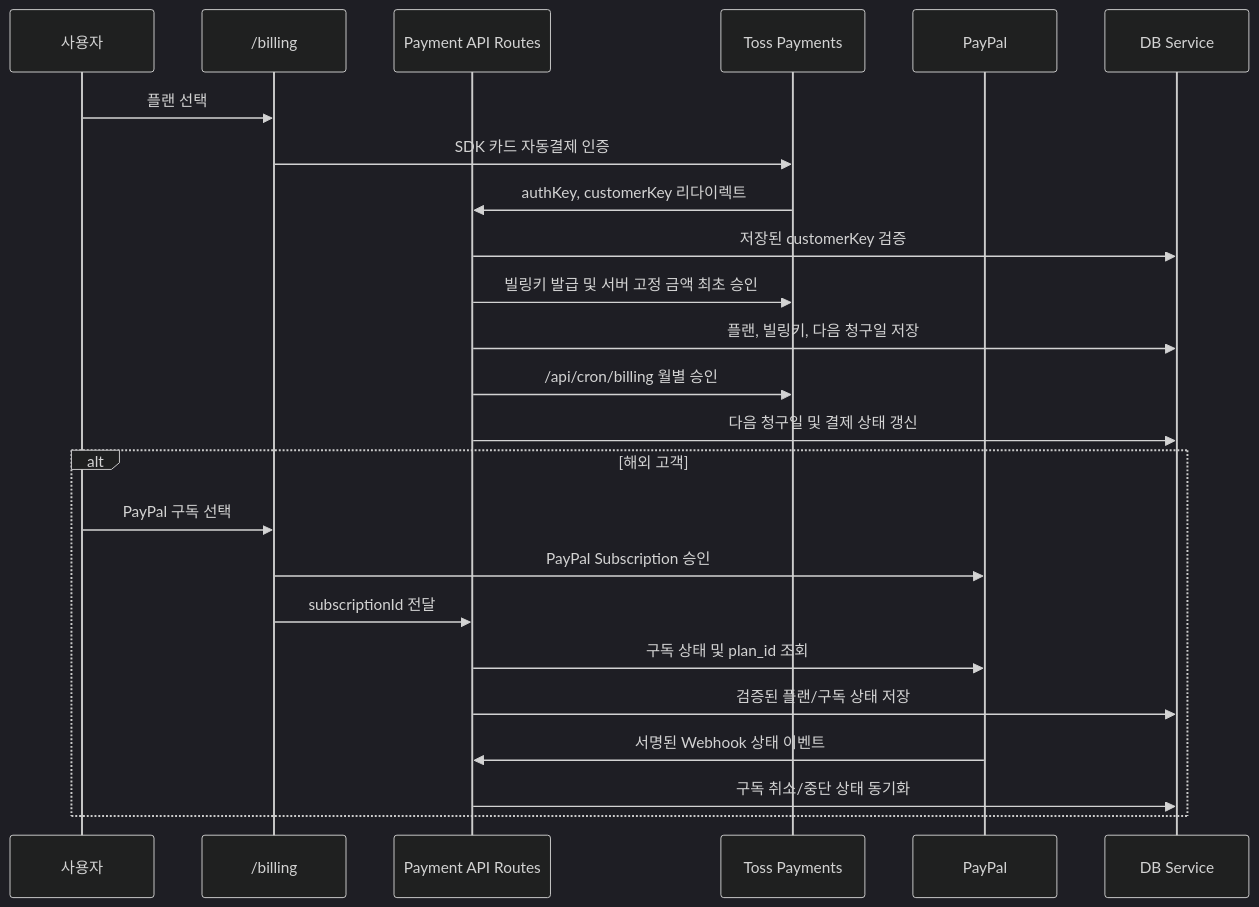
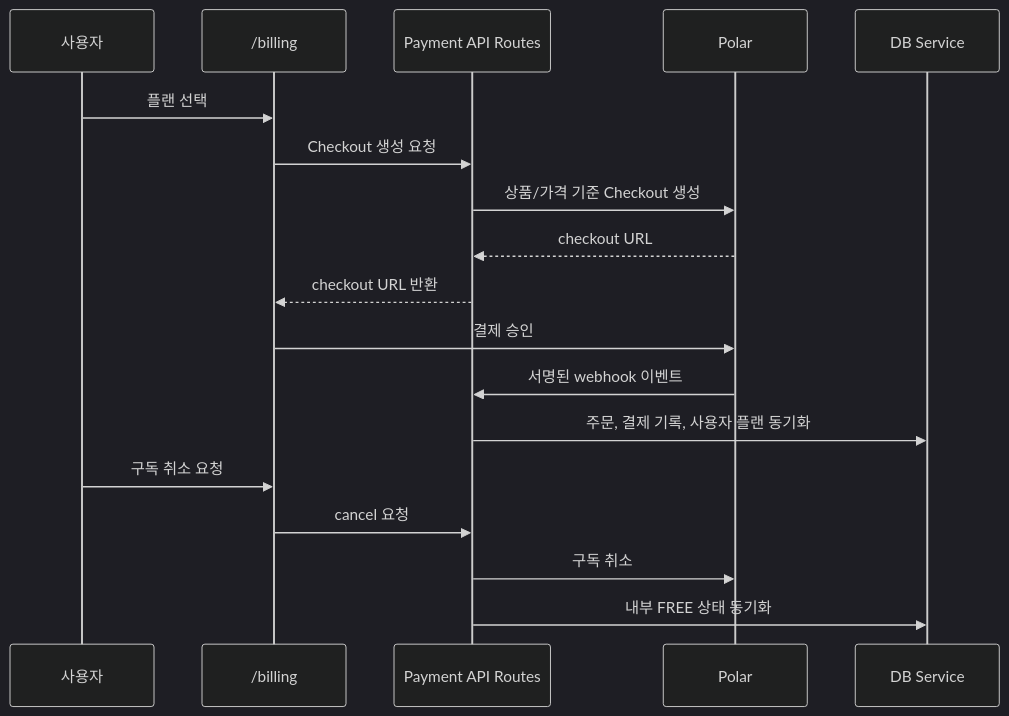
The sixth of 7 diagrams in SYSTEM_ARCHITECTURE.md (MCuffs/snsagent), drawn with Mermaid (dark theme) before and after one commit. The commit also changed other lines of this file and 33 other files, not shown here.

````diff
--- a/SYSTEM_ARCHITECTURE.md
+++ b/SYSTEM_ARCHITECTURE.md
@@ -167,28 +167,21 @@
 ```mermaid
 sequenceDiagram
     participant U as 사용자
     participant UI as /billing
     participant API as Payment API Routes
-    participant TP as Toss Payments
-    participant PP as PayPal
+    participant Polar as Polar
     participant DB as DB Service
 
     U->>UI: 플랜 선택
-    UI->>TP: SDK 카드 자동결제 인증
-    TP->>API: authKey, customerKey 리다이렉트
-    API->>DB: 저장된 customerKey 검증
-    API->>TP: 빌링키 발급 및 서버 고정 금액 최초 승인
-    API->>DB: 플랜, 빌링키, 다음 청구일 저장
-    API->>TP: /api/cron/billing 월별 승인
-    API->>DB: 다음 청구일 및 결제 상태 갱신
-
-    alt 해외 고객
-        U->>UI: PayPal 구독 선택
-        UI->>PP: PayPal Subscription 승인
-        UI->>API: subscriptionId 전달
-        API->>PP: 구독 상태 및 plan_id 조회
-        API->>DB: 검증된 플랜/구독 상태 저장
-        PP->>API: 서명된 Webhook 상태 이벤트
-        API->>DB: 구독 취소/중단 상태 동기화
-    end
+    UI->>API: Checkout 생성 요청
+    API->>Polar: 상품/가격 기준 Checkout 생성
+    Polar-->>API: checkout URL
+    API-->>UI: checkout URL 반환
+    UI->>Polar: 결제 승인
+    Polar->>API: 서명된 webhook 이벤트
+    API->>DB: 주문, 결제 기록, 사용자 플랜 동기화
+    U->>UI: 구독 취소 요청
+    UI->>API: cancel 요청
+    API->>Polar: 구독 취소
+    API->>DB: 내부 FREE 상태 동기화
 ```
````
